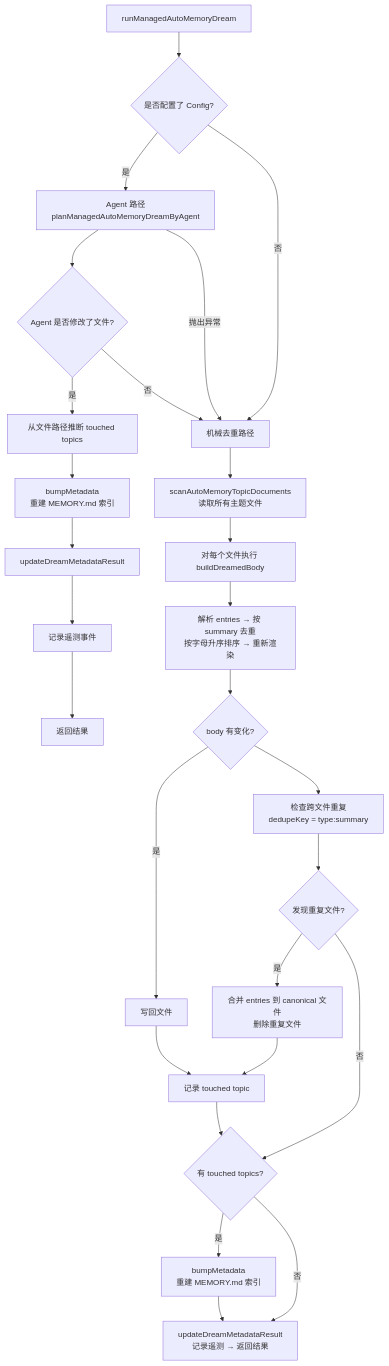
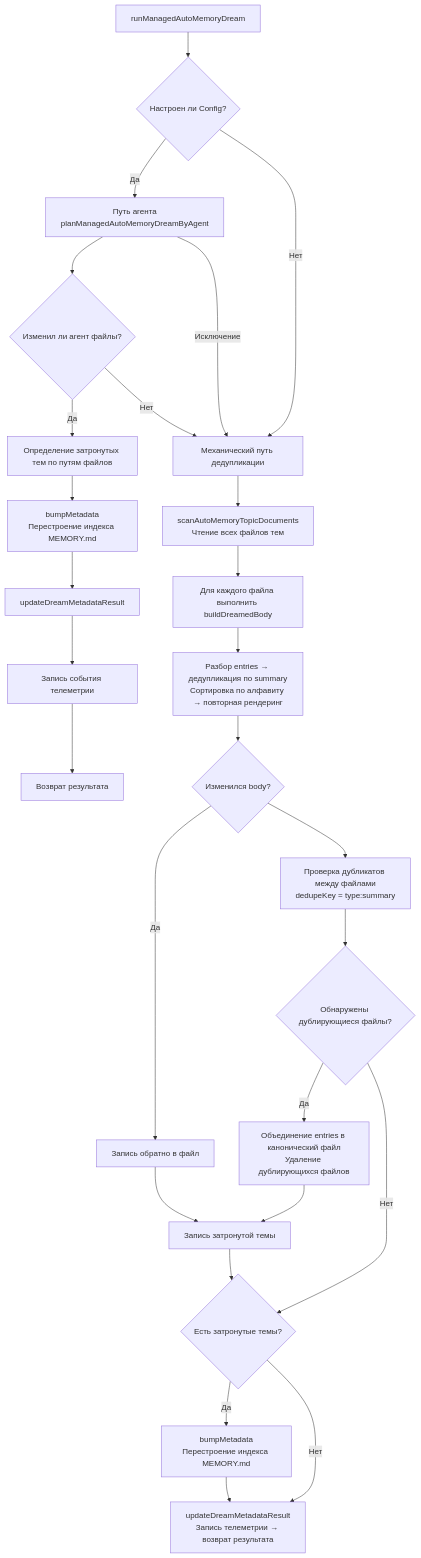
Before and after one commit to QwenLM/qwen-code-docs: the fifth of 7 diagrams in website/content/ru/design/auto-memory/memory-system.md, drawn with Mermaid. The commit also changed other lines of this file and 471 other files, not shown here.

````diff
--- a/website/content/ru/design/auto-memory/memory-system.md
+++ b/website/content/ru/design/auto-memory/memory-system.md
@@ -298,30 +298,30 @@
 ```mermaid
 flowchart TD
-    A[runManagedAutoMemoryDream] --> B{是否配置了 Config?}
-    B -- 是 --> C[Agent 路径\nplanManagedAutoMemoryDreamByAgent]
-    C --> D{Agent 是否修改了文件?}
-    D -- 是 --> E[从文件路径推断 touched topics]
-    E --> F[bumpMetadata\n重建 MEMORY.md 索引]
+    A[runManagedAutoMemoryDream] --> B{Настроен ли Config?}
+    B -- Да --> C[Путь агента\nplanManagedAutoMemoryDreamByAgent]
+    C --> D{Изменил ли агент файлы?}
+    D -- Да --> E[Определение затронутых тем по путям файлов]
+    E --> F[bumpMetadata\nПерестроение индекса MEMORY.md]
     F --> G[updateDreamMetadataResult]
-    G --> H[记录遥测事件]
-    H --> I[返回结果]
-    B -- 否 --> J[机械去重路径]
-    C -- 抛出异常 --> J
-    D -- 否 --> J
+    G --> H[Запись события телеметрии]
+    H --> I[Возврат результата]
+    B -- Нет --> J[Механический путь дедупликации]
+    C -- Исключение --> J
+    D -- Нет --> J
 
-    J --> K[scanAutoMemoryTopicDocuments\n读取所有主题文件]
-    K --> L[对每个文件执行 buildDreamedBody]
-    L --> M[解析 entries → 按 summary 去重\n按字母升序排序 → 重新渲染]
-    M --> N{body 有变化?}
-    N -- 是 --> O[写回文件]
-    O --> P[记录 touched topic]
-    N --> Q[检查跨文件重复\ndedupeKey = type:summary]
-    Q --> R{发现重复文件?}
-    R -- 是 --> S[合并 entries 到 canonical 文件\n删除重复文件]
+    J --> K[scanAutoMemoryTopicDocuments\nЧтение всех файлов тем]
+    K --> L[Для каждого файла выполнить buildDreamedBody]
+    L --> M[Разбор entries → дедупликация по summary\nСортировка по алфавиту → повторная рендеринг]
+    M --> N{Изменился body?}
+    N -- Да --> O[Запись обратно в файл]
+    O --> P[Запись затронутой темы]
+    N --> Q[Проверка дубликатов между файлами\ndedupeKey = type:summary]
+    Q --> R{Обнаружены дублирующиеся файлы?}
+    R -- Да --> S[Объединение entries в канонический файл\nУдаление дублирующихся файлов]
     S --> P
-    R -- 否 --> T{有 touched topics?}
+    R -- Нет --> T{Есть затронутые темы?}
     P --> T
-    T -- 是 --> U[bumpMetadata\n重建 MEMORY.md 索引]
-    U --> V[updateDreamMetadataResult\n记录遥测 → 返回结果]
-    T -- 否 --> V
+    T -- Да --> U[bumpMetadata\nПерестроение индекса MEMORY.md]
+    U --> V[updateDreamMetadataResult\nЗапись телеметрии → возврат результата]
+    T -- Нет --> V
 ```
````
